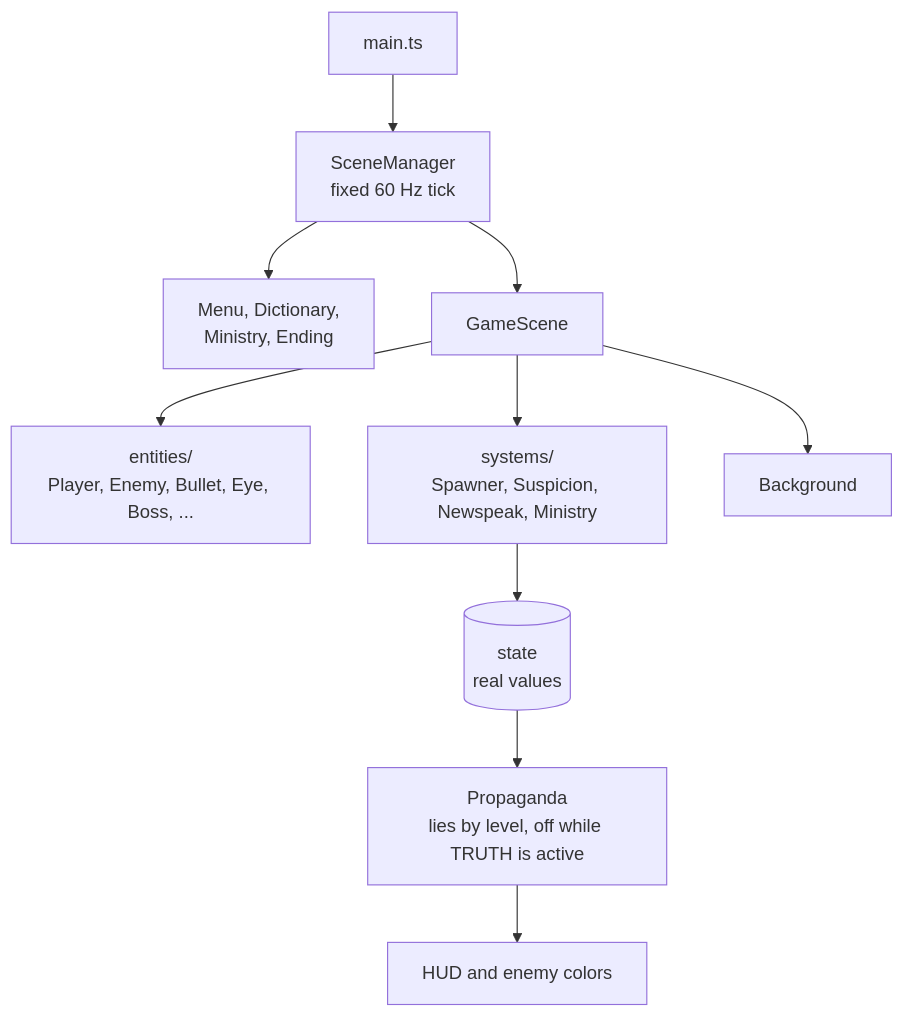
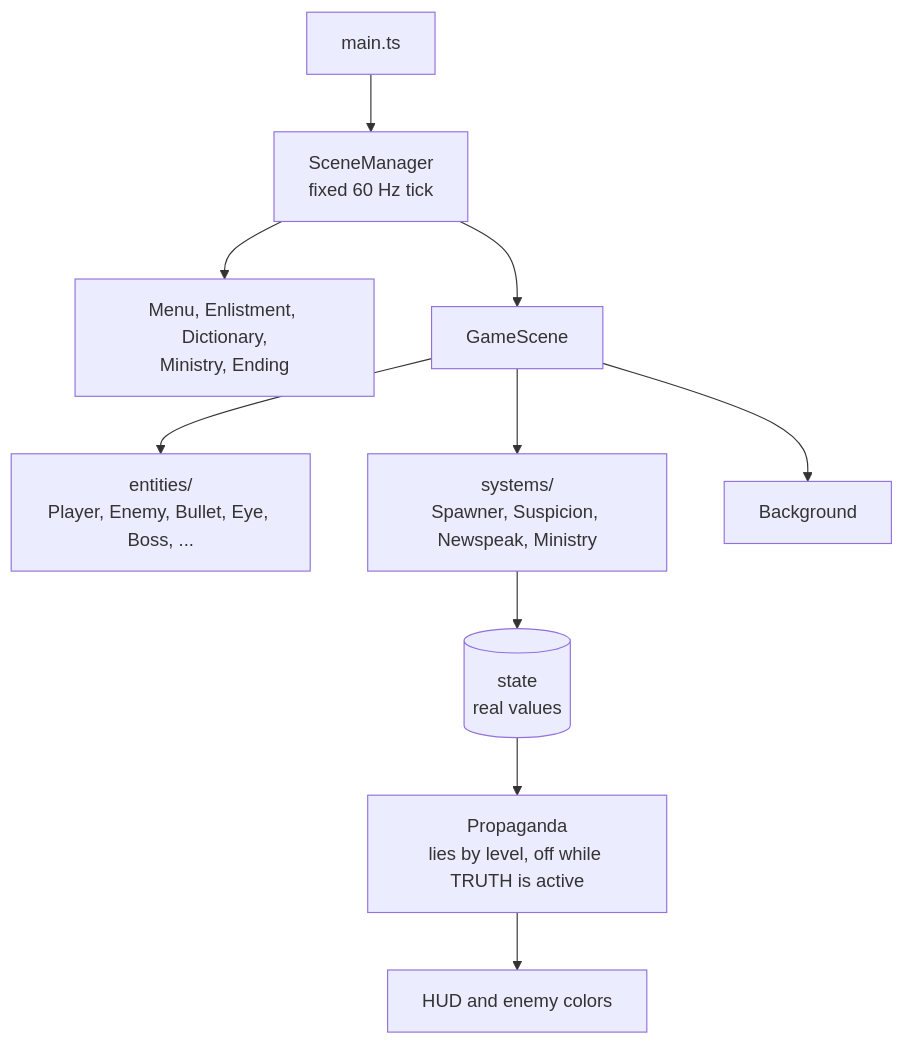
One commit to CarlosSandoval-03/Newspeak-1984 changed the first of 4 diagrams in docs/technical.md. Above: the diagram before and after it, drawn with Mermaid. The commit also changed other lines of this file and 15 other files, not shown here.

````diff
--- a/docs/technical.md
+++ b/docs/technical.md
@@ -77,12 +77,12 @@
 ```mermaid
 flowchart TD
     main["main.ts"] --> manager["SceneManager<br/>fixed 60 Hz tick"]
-    manager --> others["Menu, Dictionary,<br/>Ministry, Ending"]
+    manager --> others["Menu, Enlistment, Dictionary,<br/>Ministry, Ending"]
     manager --> game["GameScene"]
     game --> entities["entities/<br/>Player, Enemy, Bullet, Eye, Boss, ..."]
     game --> systems["systems/<br/>Spawner, Suspicion, Newspeak, Ministry"]
     game --> background["Background"]
     systems --> state[("state<br/>real values")]
     state --> propaganda["Propaganda<br/>lies by level, off while TRUTH is active"]
     propaganda --> hud["HUD and enemy colors"]
 ```
````
